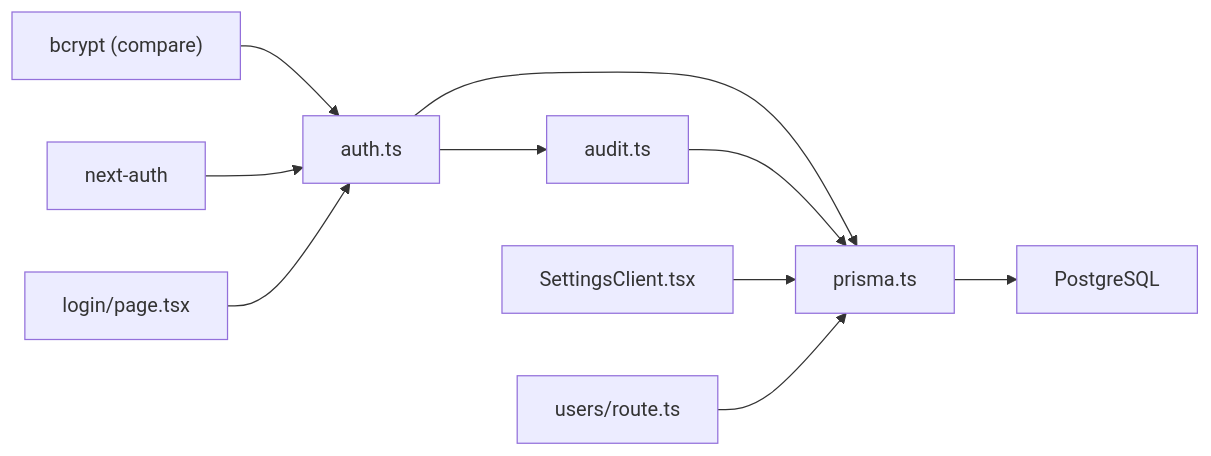
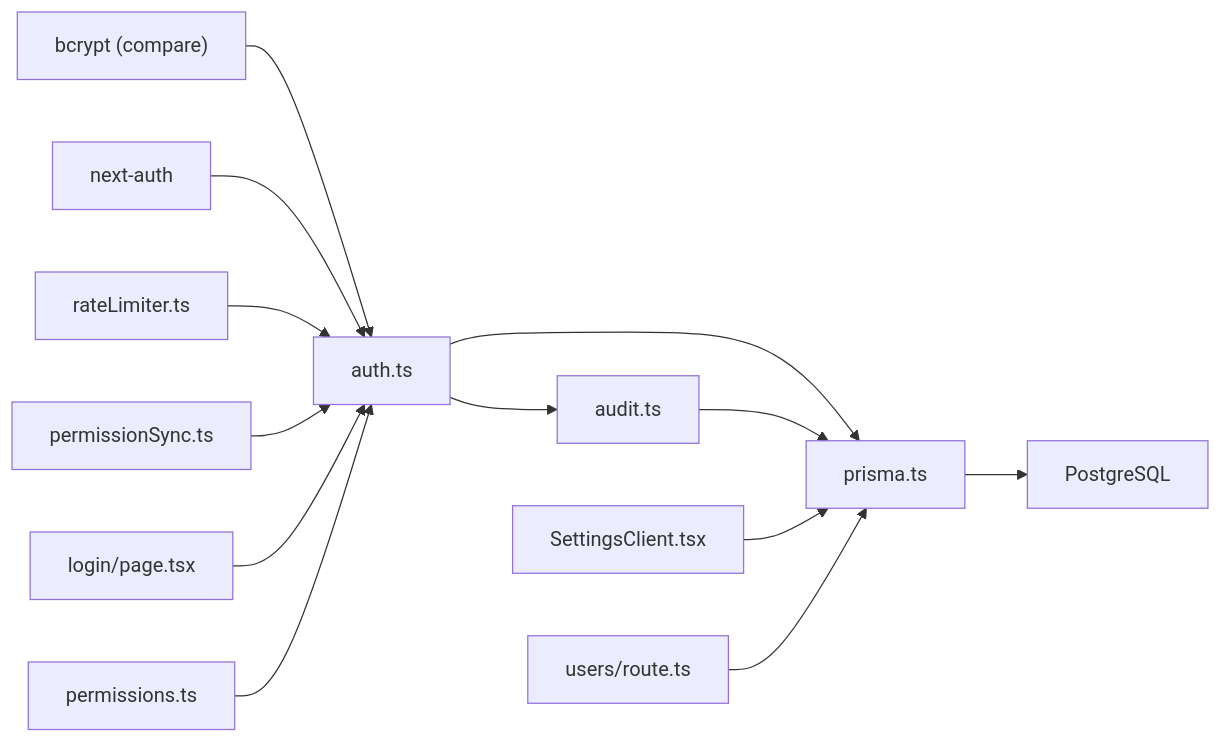
Before and after one commit to bazs69/ApsAsrama: the third of 3 diagrams in .qoder/repowiki/en/content/Authentication & Authorization/Security Best Practices.md, drawn with Mermaid. The commit also changed other lines of this file and 293 other files, not shown here.

````diff
--- a/.qoder/repowiki/en/content/Authentication & Authorization/Security Best Practices.md
+++ b/.qoder/repowiki/en/content/Authentication & Authorization/Security Best Practices.md
@@ -221,12 +354,15 @@
 ```mermaid
 graph LR
 BC["bcrypt (compare)"] --> AUTH["auth.ts"]
 NA["next-auth"] --> AUTH
+RL["rateLimiter.ts"] --> AUTH
+PS["permissionSync.ts"] --> AUTH
 AUTH --> PRISMA["prisma.ts"]
 PRISMA --> PG["PostgreSQL"]
 AUTH --> AUDIT["audit.ts"]
 AUDIT --> PRISMA
 UI["login/page.tsx"] --> AUTH
 SETTINGS["SettingsClient.tsx"] --> PRISMA
+PERMISSIONS["permissions.ts"] --> AUTH
 USERS_ROUTE["users/route.ts"] --> PRISMA
 ```
````
